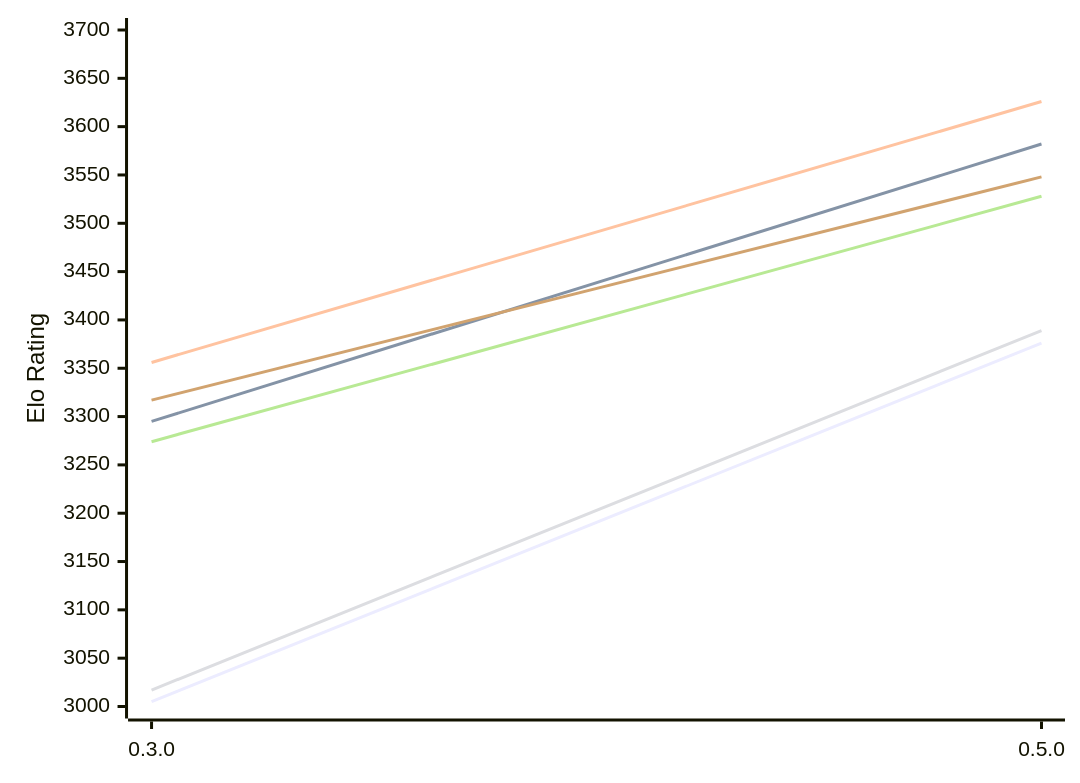
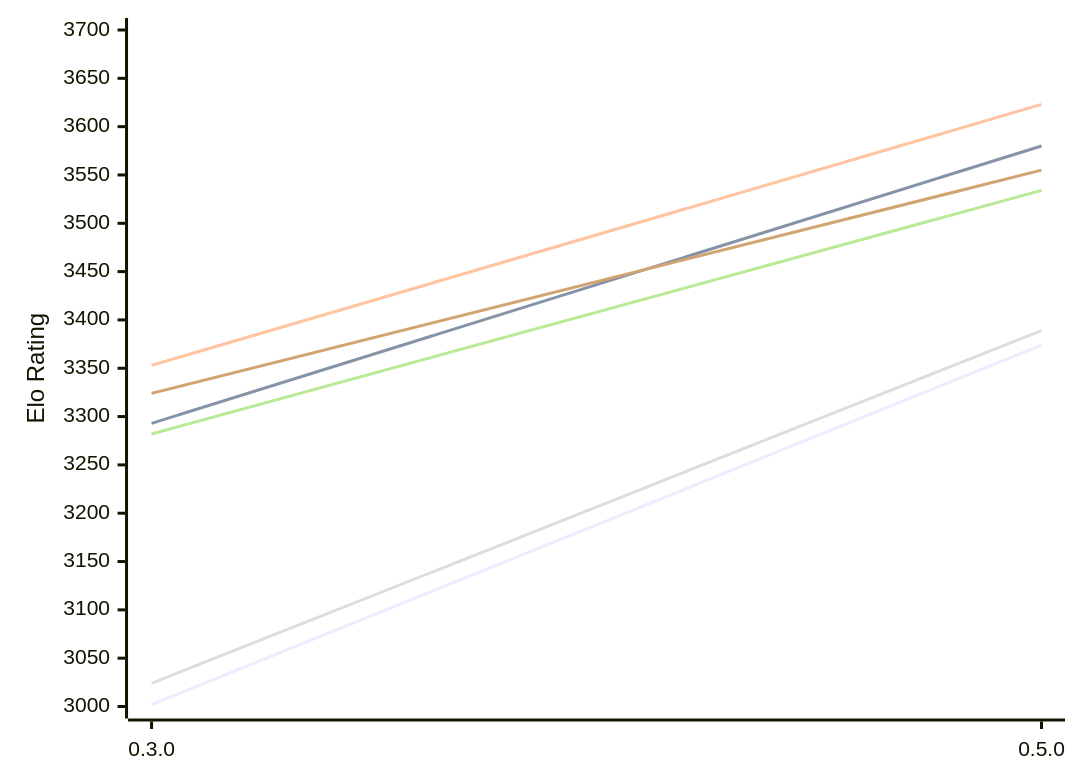
One commit to computer-chess-index/cci changed the first of 2 diagrams in engines/Justbot.md. Above: the diagram before and after it, drawn with Mermaid. The commit also changed other lines of this file, not shown here.

Commit message:
Update CCI Ratings (ELO VLTC) - 2026-11-23

````diff
--- a/engines/Justbot.md
+++ b/engines/Justbot.md
@@ -53,12 +53,12 @@
 ```mermaid
 %%{init: {"theme":"base","themeVariables":{"seriesColors:['#a3a3a3','#222221','#faa371']}}}%%
 xychart-beta
   x-axis ["0.3.0", "0.5.0"]
   y-axis "Elo Rating" 3000 --> 3700
-  line "E1: STC (8.0+0.08s)" [3005, 3376]
-  line "E1: LTC (60.0+0.60s)" [3295, 3582]
-  line "E1: VLTC (2m24s+1.12s)" [3356, 3626]
-  line "P1: STC (8.0+0.08s)" [3017, 3389]
-  line "P1: LTC (60.0+0.60s)" [3274, 3528]
-  line "P1: VLTC (2m24s+1.12s)" [3317, 3548]
+  line "E1: STC (8.0+0.08s)" [3002, 3374]
+  line "E1: LTC (60.0+0.60s)" [3293, 3580]
+  line "E1: VLTC (2m24s+1.12s)" [3353, 3623]
+  line "P1: STC (8.0+0.08s)" [3024, 3389]
+  line "P1: LTC (60.0+0.60s)" [3282, 3534]
+  line "P1: VLTC (2m24s+1.12s)" [3324, 3555]
 ```
````
